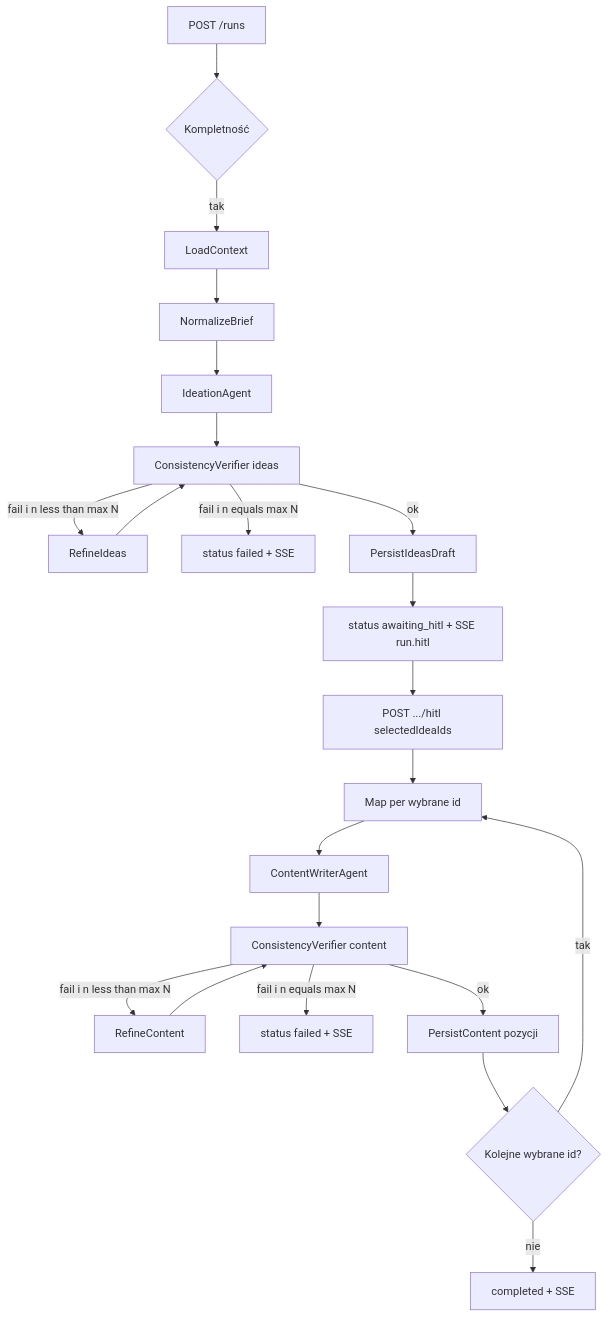
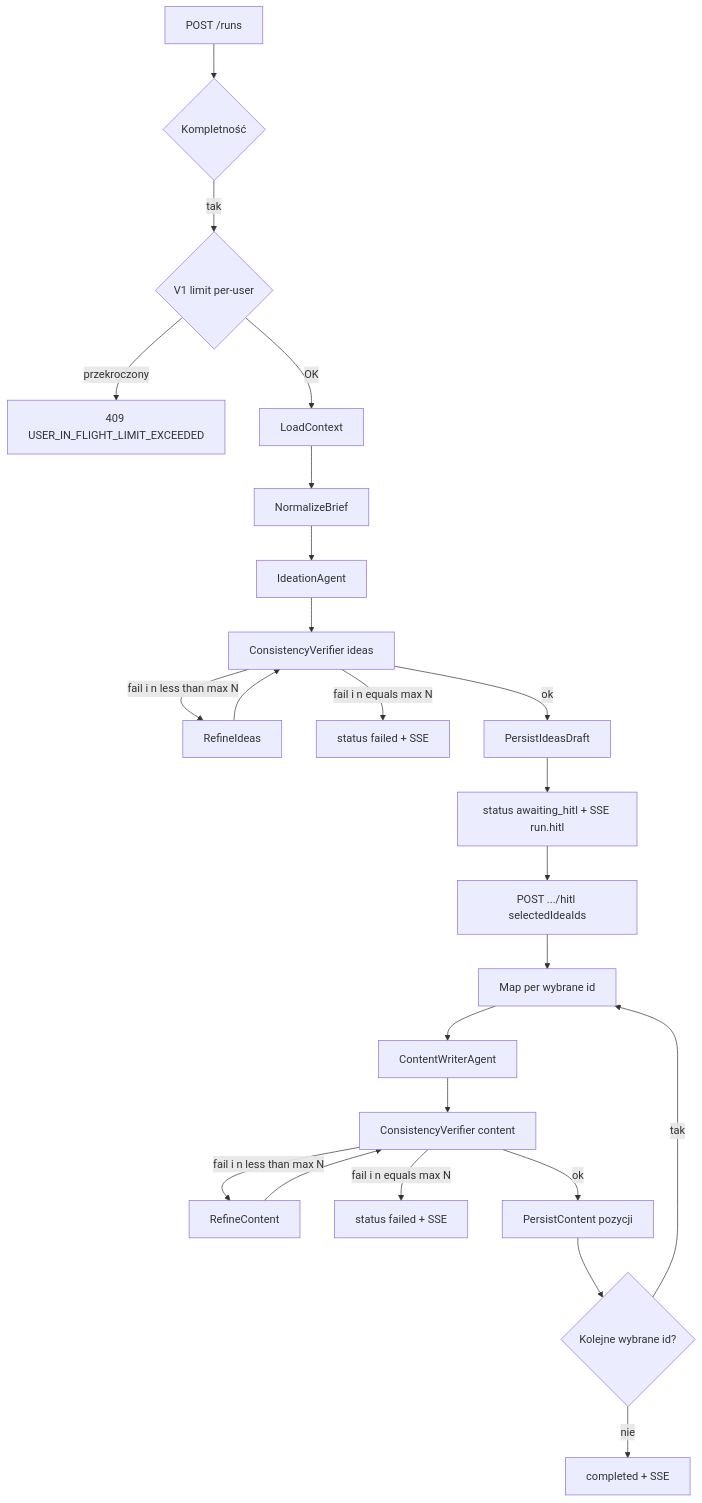
The fourth of 7 diagrams in docs/data_flow.md (matej2314/content-chain), drawn with Mermaid before and after one commit. The commit also changed other lines of this file and 13 other files, not shown here.

Commit message:
legalize per-user in-flight limit and abort-to-gateway as V1

````diff
--- a/docs/data_flow.md
+++ b/docs/data_flow.md
@@ -145,24 +153,26 @@
 ```mermaid
 flowchart TB
   Start[POST /runs] --> Gate{Kompletność}
-  Gate -->|tak| Load[LoadContext]
+  Gate -->|tak| PerUser{V1 limit per-user}
+  PerUser -->|przekroczony| ELim[409 USER_IN_FLIGHT_LIMIT_EXCEEDED]
+  PerUser -->|OK| Load[LoadContext]
   Load --> Norm[NormalizeBrief]
   Norm --> Idea[IdeationAgent]
   Idea --> VerI[ConsistencyVerifier ideas]
   VerI -->|fail i n less than max N| RefI[RefineIdeas]
   RefI --> VerI
   VerI -->|fail i n equals max N| FailI[status failed + SSE]
   VerI -->|ok| Draft[PersistIdeasDraft]
   Draft --> Hitl[status awaiting_hitl + SSE run.hitl]
   Hitl --> User[POST .../hitl selectedIdeaIds]
   User --> Map[Map per wybrane id]
   Map --> Write[ContentWriterAgent]
   Write --> VerC[ConsistencyVerifier content]
   VerC -->|fail i n less than max N| RefC[RefineContent]
   RefC --> VerC
   VerC -->|fail i n equals max N| FailC[status failed + SSE]
   VerC -->|ok| Pers[PersistContent pozycji]
   Pers --> Next{Kolejne wybrane id?}
   Next -->|tak| Map
   Next -->|nie| Done[completed + SSE]
 ```
````
